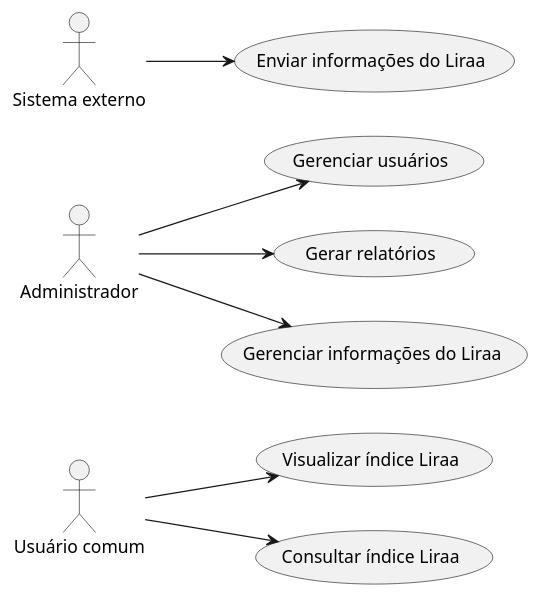
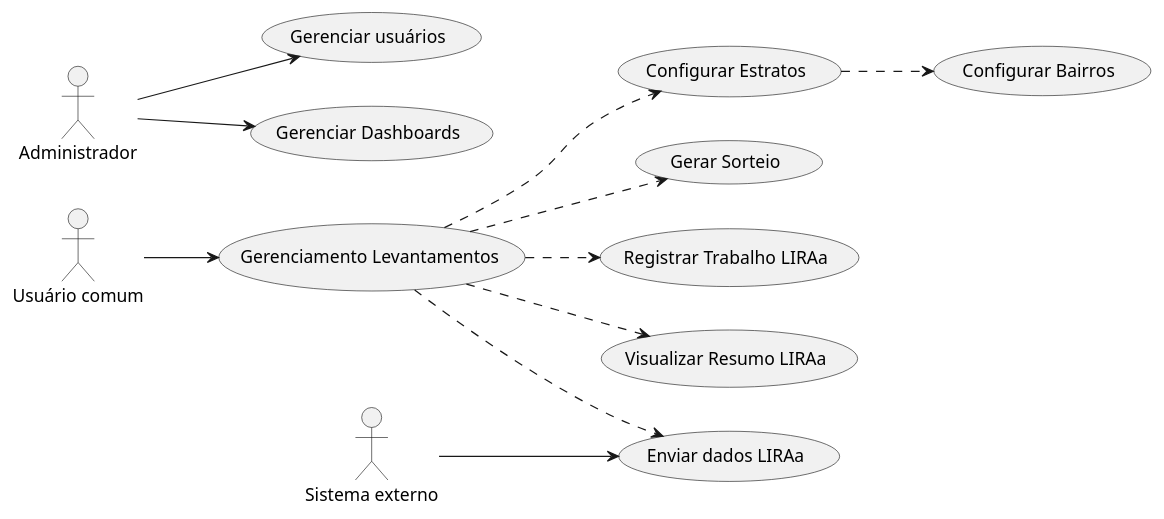
One commit to GleytonLima/liraa-docs changed the diagram in diagramas/casos-uso.puml. Above: the diagram before and after it, drawn with PlantUML.

```diff
--- a/diagramas/casos-uso.puml
+++ b/diagramas/casos-uso.puml
@@ -1,12 +1,16 @@
 @startuml
 left to right direction
 actor "Usuário comum" as user
 actor "Administrador" as admin
 actor "Sistema externo" as system
-user --> (Visualizar índice Liraa)
-user --> (Consultar índice Liraa)
+user --> (Gerenciamento Levantamentos)
+(Gerenciamento Levantamentos) ..> (Configurar Estratos)
+(Gerenciamento Levantamentos) ..> (Gerar Sorteio)
+(Gerenciamento Levantamentos) ..> (Registrar Trabalho LIRAa)
+(Gerenciamento Levantamentos) ..> (Visualizar Resumo LIRAa)
+(Gerenciamento Levantamentos) ..> (Enviar dados LIRAa)
+(Configurar Estratos) ..> (Configurar Bairros)
 admin --> (Gerenciar usuários)
-admin --> (Gerar relatórios)
-admin --> (Gerenciar informações do Liraa)
-system --> (Enviar informações do Liraa)
+admin --> (Gerenciar Dashboards)
+system --> (Enviar dados LIRAa)
 @enduml
```
